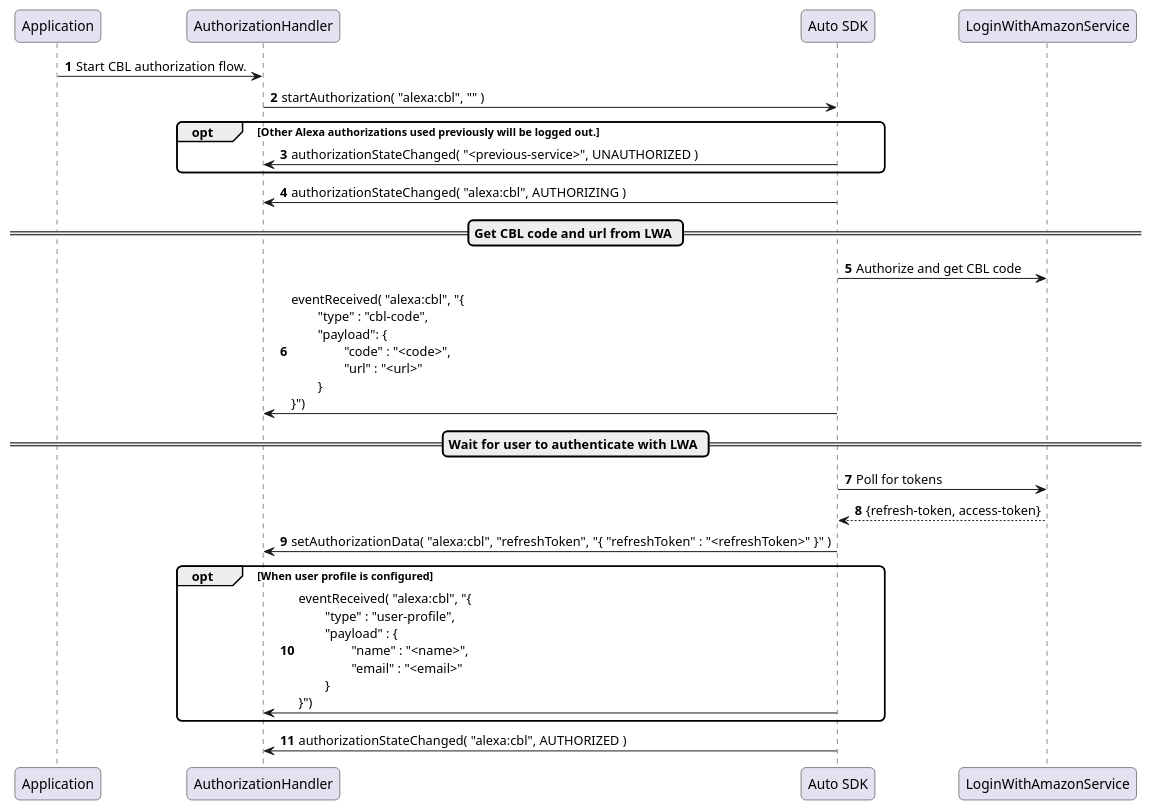
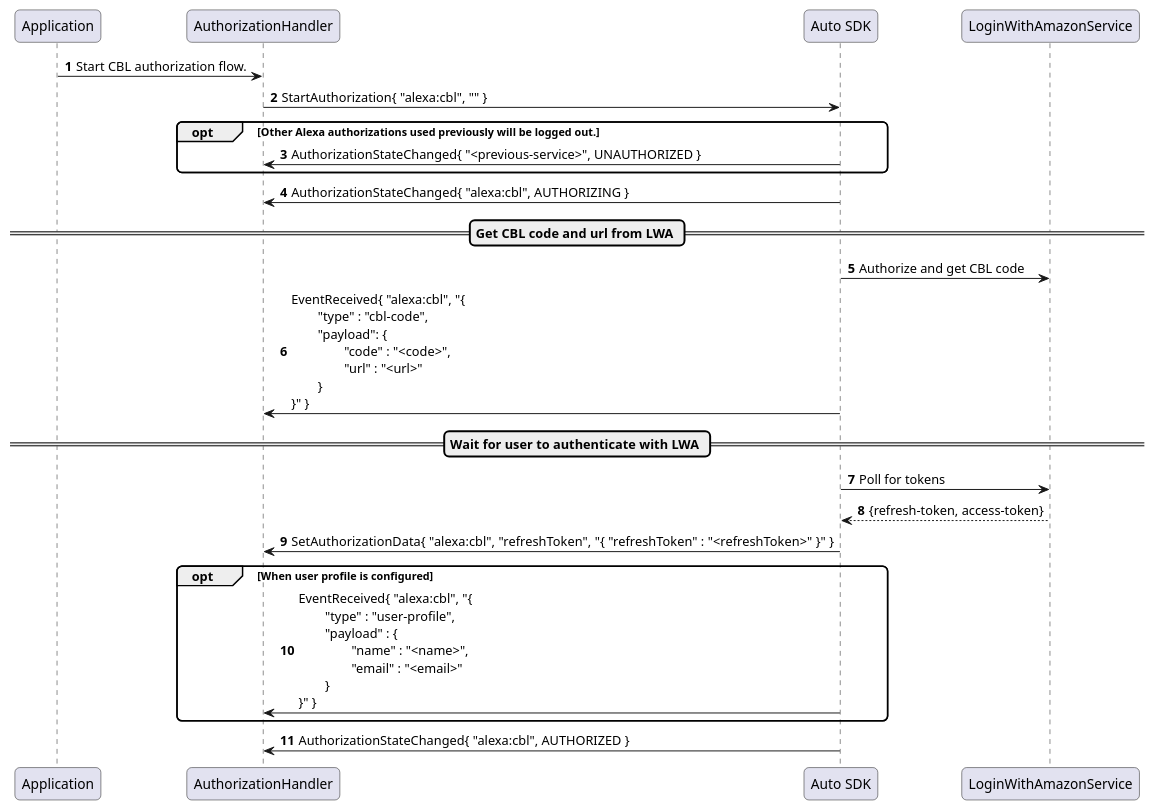
Before and after one commit to alexa/alexa-auto-sdk: the diagram in modules/cbl/docs/diagrams/src/cbl-start-sequence.plantuml, drawn with PlantUML. The commit also changed 3441 other files, not shown here.

First line of the commit message:
Version 4.3.0 Alexa Auto SDK

```diff
--- a/modules/cbl/docs/diagrams/src/cbl-start-sequence.plantuml
+++ b/modules/cbl/docs/diagrams/src/cbl-start-sequence.plantuml
@@ -1,33 +1,33 @@
 @startuml
 
 skinparam roundcorner 10
 
 autonumber
 participant Application  order 20
 participant AuthorizationHandler  order 30
 participant "Auto SDK" as AutoSDK  order 40
 participant LoginWithAmazonService  order 50
 
 Application -> AuthorizationHandler : Start CBL authorization flow.
-AuthorizationHandler -> AutoSDK : startAuthorization( "alexa:cbl", "" )
+AuthorizationHandler -> AutoSDK : StartAuthorization{ "alexa:cbl", "" }
 opt Other Alexa authorizations used previously will be logged out.
-AutoSDK -> AuthorizationHandler : authorizationStateChanged( "<previous-service>", UNAUTHORIZED )
+AutoSDK -> AuthorizationHandler : AuthorizationStateChanged{ "<previous-service>", UNAUTHORIZED }
 end
-AutoSDK -> AuthorizationHandler : authorizationStateChanged( "alexa:cbl", AUTHORIZING )
+AutoSDK -> AuthorizationHandler : AuthorizationStateChanged{ "alexa:cbl", AUTHORIZING }
 
 == Get CBL code and url from LWA ==
-AutoSDK->LoginWithAmazonService: Authorize and get CBL code 
-AutoSDK -> AuthorizationHandler : eventReceived( "alexa:cbl", "{\n\t"type" : "cbl-code",\n\t"payload": { \n\t\t"code" : "<code>", \n\t\t"url" : "<url>" \n\t}\n}")
+AutoSDK->LoginWithAmazonService: Authorize and get CBL code
+AutoSDK -> AuthorizationHandler : EventReceived{ "alexa:cbl", "{\n\t"type" : "cbl-code",\n\t"payload": { \n\t\t"code" : "<code>", \n\t\t"url" : "<url>" \n\t}\n}" }
 
 == Wait for user to authenticate with LWA ==
 AutoSDK->LoginWithAmazonService: Poll for tokens
 LoginWithAmazonService-->AutoSDK: {refresh-token, access-token}
-AutoSDK -> AuthorizationHandler : setAuthorizationData( "alexa:cbl", "refreshToken", "{ "refreshToken" : "<refreshToken>" }" )
+AutoSDK -> AuthorizationHandler : SetAuthorizationData{ "alexa:cbl", "refreshToken", "{ "refreshToken" : "<refreshToken>" }" }
 
 opt When user profile is configured
-AutoSDK -> AuthorizationHandler : eventReceived( "alexa:cbl", "{\n\t"type" : "user-profile",\n\t"payload" : {\n\t\t"name" : "<name>", \n\t\t"email" : "<email>" \n\t}\n}")
+AutoSDK -> AuthorizationHandler : EventReceived{ "alexa:cbl", "{\n\t"type" : "user-profile",\n\t"payload" : {\n\t\t"name" : "<name>", \n\t\t"email" : "<email>" \n\t}\n}" }
 end
 
-AutoSDK -> AuthorizationHandler : authorizationStateChanged( "alexa:cbl", AUTHORIZED )
+AutoSDK -> AuthorizationHandler : AuthorizationStateChanged{ "alexa:cbl", AUTHORIZED }
 
 @enduml
```
